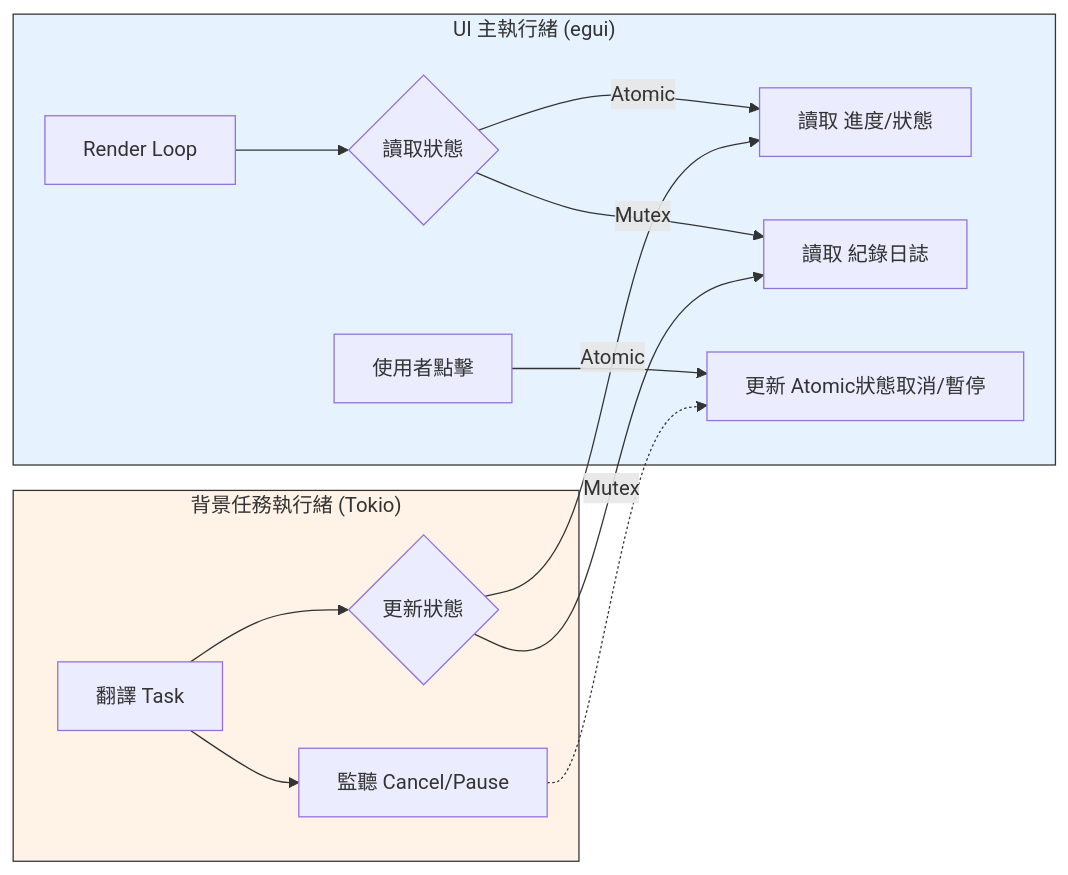
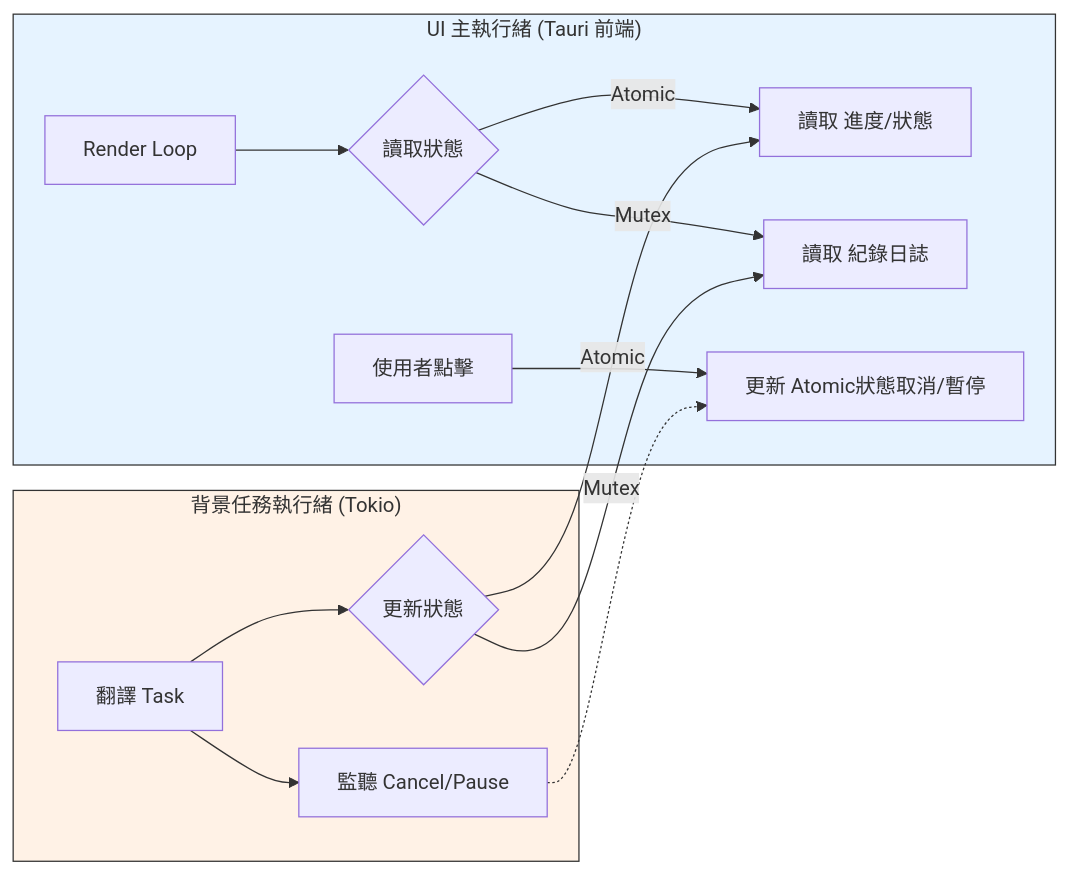
One commit to mn12345678910/mc_translator changed the second of 2 diagrams in docs/architecture/state_management.md. Above: the diagram before and after it, drawn with Mermaid. The commit also changed other lines of this file and 1 other file, not shown here.

Commit message:
docs: 修正 architecture 檔案中過時之 egui 與 state 模組參照

````diff
--- a/docs/architecture/state_management.md
+++ b/docs/architecture/state_management.md
@@ -32,20 +32,20 @@
 ```mermaid
 graph LR
-    subgraph UI_Thread ["UI 主執行緒 (egui)"]
+    subgraph UI_Thread ["UI 主執行緒 (Tauri 前端)"]
         A[Render Loop] --> B{讀取狀態}
         B -- Atomic --> C["讀取 進度/狀態"]
         B -- Mutex --> D["讀取 紀錄日誌"]
         E[使用者點擊] --> F["更新 Atomic狀態取消/暫停"]
     end
 
     subgraph Background_Thread ["背景任務執行緒 (Tokio)"]
         G[翻譯 Task] --> H{更新狀態}
         H -- Atomic --> C
         H -- Mutex --> D
         G --> I["監聽 Cancel/Pause"]
         I -.-> F
     end
 
     style UI_Thread fill:#e6f3ff,stroke:#333,stroke-width:1px
     style Background_Thread fill:#fff2e6,stroke:#333,stroke-width:1px
 ```
````
